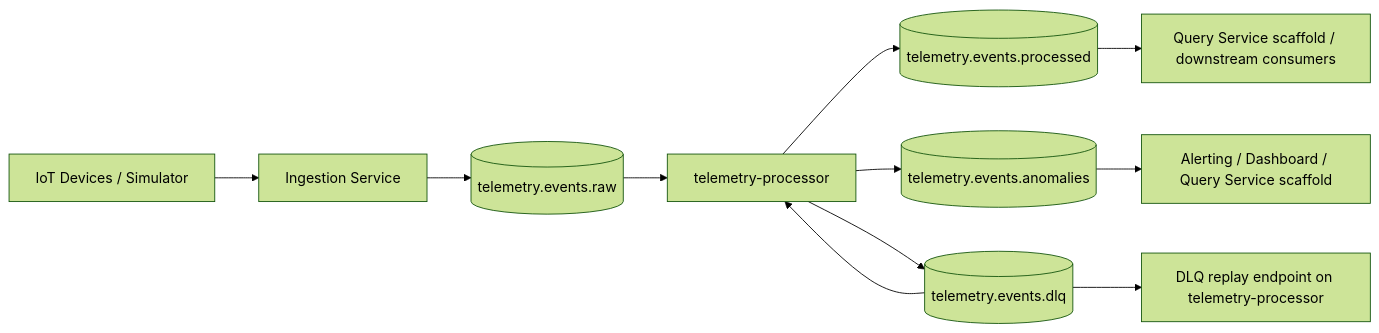
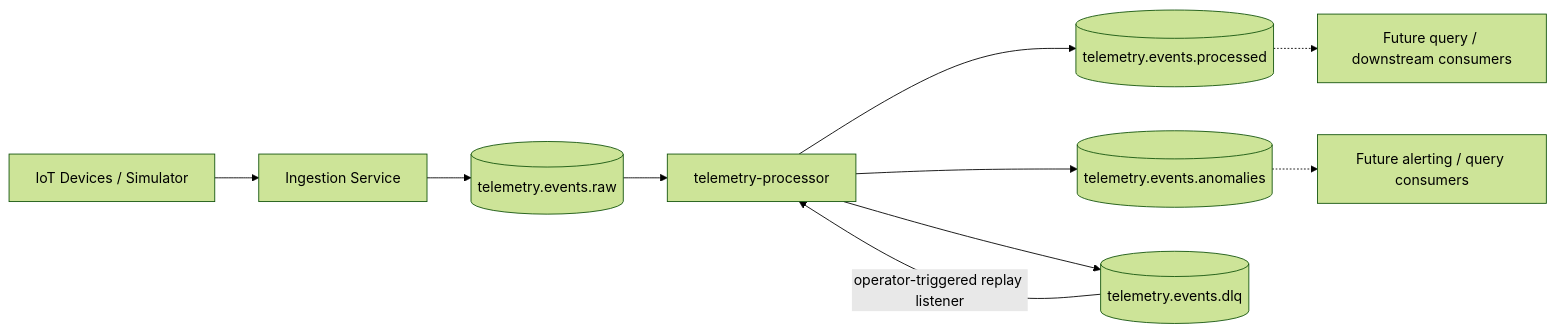
One commit to ME-Massine/pulsestream changed the diagram in docs/diagrams/kafka-topology.md. Above: the diagram before and after it, drawn with Mermaid (forest theme). The commit also changed other lines of this file and 11 other files, not shown here.

````diff
--- a/docs/diagrams/kafka-topology.md
+++ b/docs/diagrams/kafka-topology.md
@@ -5,16 +5,15 @@
 ```mermaid
 flowchart LR
     A[IoT Devices / Simulator] --> B[Ingestion Service]
     B --> T1[(telemetry.events.raw)]
 
     T1 --> C[telemetry-processor]
 
     C --> T2[(telemetry.events.processed)]
     C --> T3[(telemetry.events.anomalies)]
     C --> T4[(telemetry.events.dlq)]
-    T4 --> C
+    T4 -->|operator-triggered replay listener| C
 
-    T2 --> D[Query Service scaffold / downstream consumers]
-    T3 --> E[Alerting / Dashboard / Query Service scaffold]
-    T4 --> F[DLQ replay endpoint on telemetry-processor]
+    T2 -.-> D[Future query / downstream consumers]
+    T3 -.-> E[Future alerting / query consumers]
 ```
````
